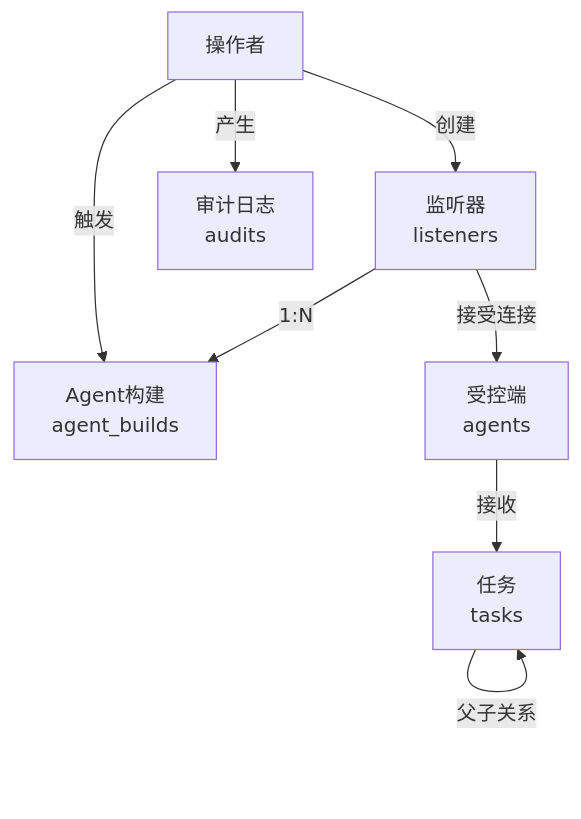
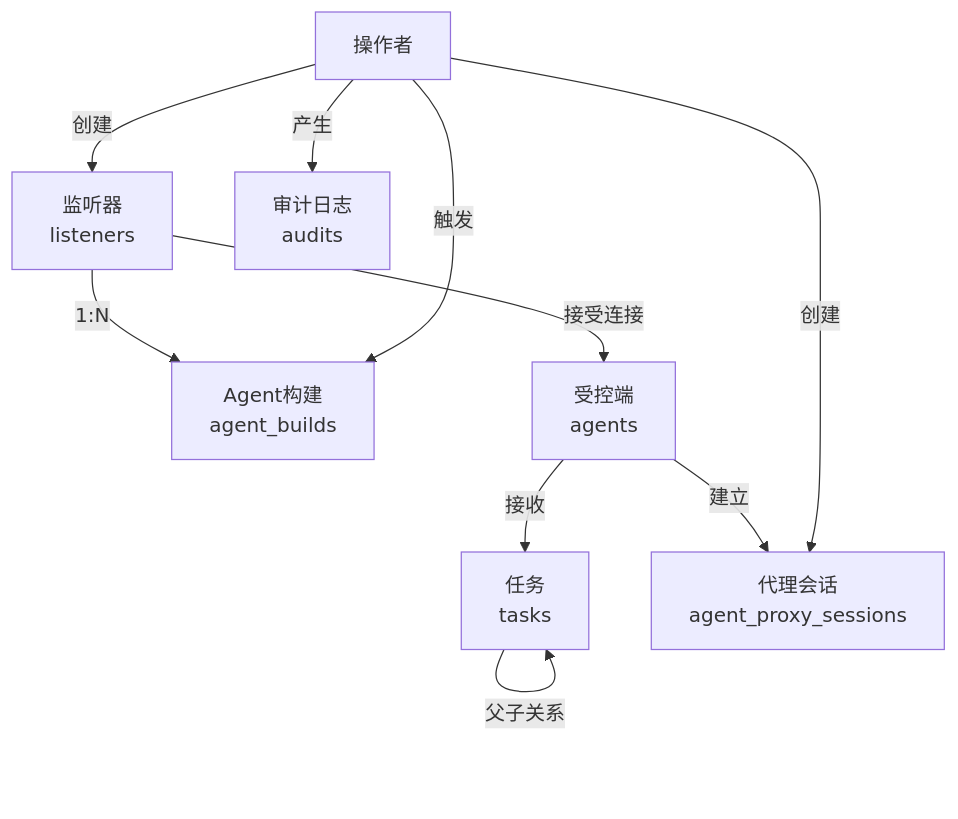
The eighth of 8 diagrams in thesis/06-第4章-系统设计.md (trtyr/hermes), drawn with Mermaid before and after one commit. The commit also changed other lines of this file and 5 other files, not shown here.

````diff
--- a/thesis/06-第4章-系统设计.md
+++ b/thesis/06-第4章-系统设计.md
@@ -772,10 +768,12 @@
 ```mermaid
 graph TD
     Listener[监听器<br/>listeners] -->|1:N| AgentBuild[Agent构建<br/>agent_builds]
     Listener -->|接受连接| Agent[受控端<br/>agents]
     Agent -->|接收| Task[任务<br/>tasks]
+    Agent -->|建立| ProxySession[代理会话<br/>agent_proxy_sessions]
     Task -->|父子关系| Task
     Operator[操作者] -->|产生| AuditLog[审计日志<br/>audits]
     Operator -->|创建| Listener
     Operator -->|触发| AgentBuild
+    Operator -->|创建| ProxySession
 ```
````
